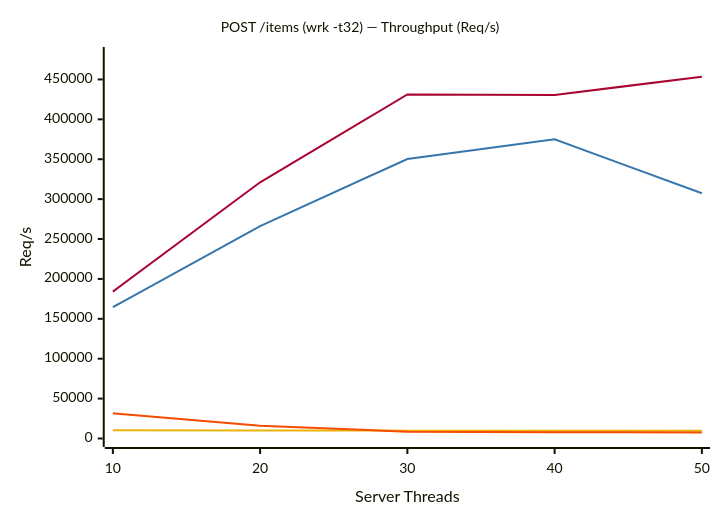
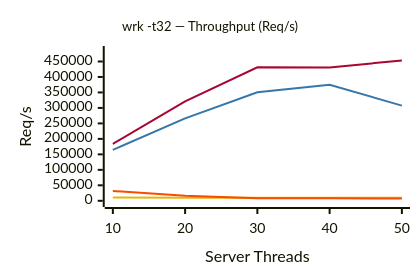
The third of 4 diagrams in README.md (erlpython/epython), drawn with Mermaid before and after one commit. The commit also changed other lines of this file, not shown here.

````diff
--- a/README.md
+++ b/README.md
@@ -205,18 +113,20 @@
 ```mermaid
 ---
 config:
   xyChart:
-    titleFontSize: 14
+    width: 400
+    height: 260
+    titleFontSize: 13
   themeVariables:
     xyChart:
       plotColorPalette: "#A90533, #3776AB, #EAB308, #F74C00"
 ---
 xychart-beta
-    title "POST /items (wrk -t32) — Throughput (Req/s)"
+    title "wrk -t32 — Throughput (Req/s)"
     x-axis "Server Threads" ["10", "20", "30", "40", "50"]
     y-axis "Req/s" 0 --> 480000
     line [184046, 321100, 431185, 430525, 453398]
     line [164565, 266210, 350290, 374877, 307368]
     line [10449, 9926, 9869, 9755, 9731]
     line [31577, 15961, 8610, 7934, 7433]
 ```
````
